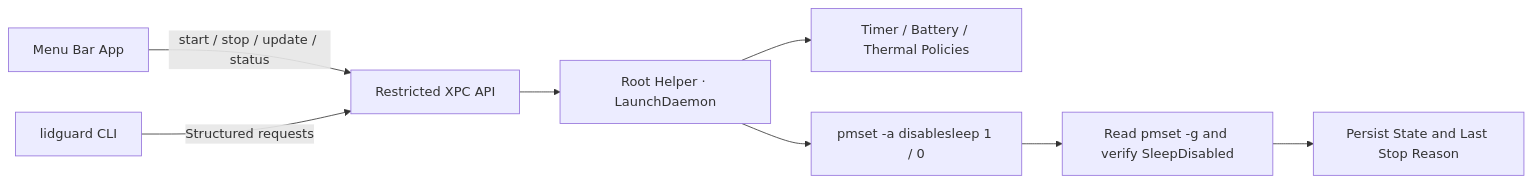
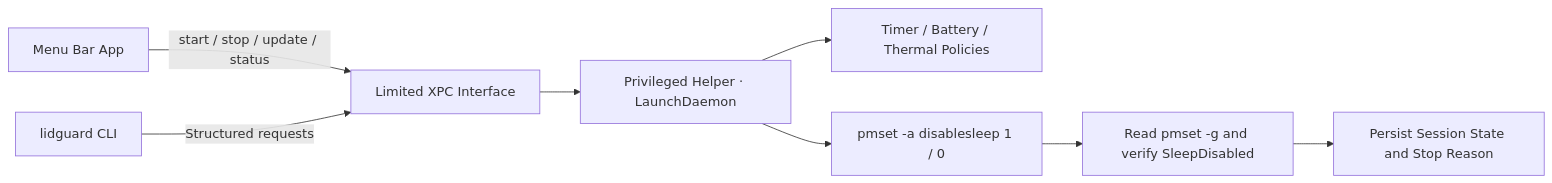
Before and after one commit to aermin/LidGuard: the diagram in README.md, drawn with Mermaid. The commit also changed other lines of this file and 4 other files, not shown here.

````diff
--- a/README.md
+++ b/README.md
@@ -229,10 +229,10 @@
 ```mermaid
 flowchart LR
-    App["Menu Bar App"] -->|"start / stop / update / status"| XPC["Restricted XPC API"]
+    App["Menu Bar App"] -->|"start / stop / update / status"| XPC["Limited XPC Interface"]
     CLI["lidguard CLI"] -->|"Structured requests"| XPC
-    XPC --> Helper["Root Helper · LaunchDaemon"]
+    XPC --> Helper["Privileged Helper · LaunchDaemon"]
     Helper --> Policy["Timer / Battery / Thermal Policies"]
     Helper --> PM["pmset -a disablesleep 1 / 0"]
     PM --> Verify["Read pmset -g and verify SleepDisabled"]
-    Verify --> State["Persist State and Last Stop Reason"]
+    Verify --> State["Persist Session State and Stop Reason"]
 ```
````
